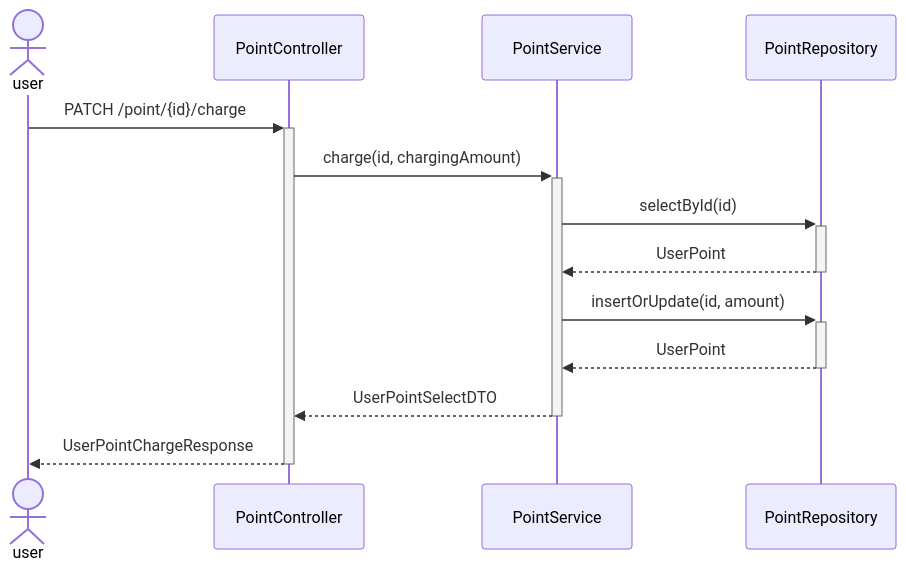
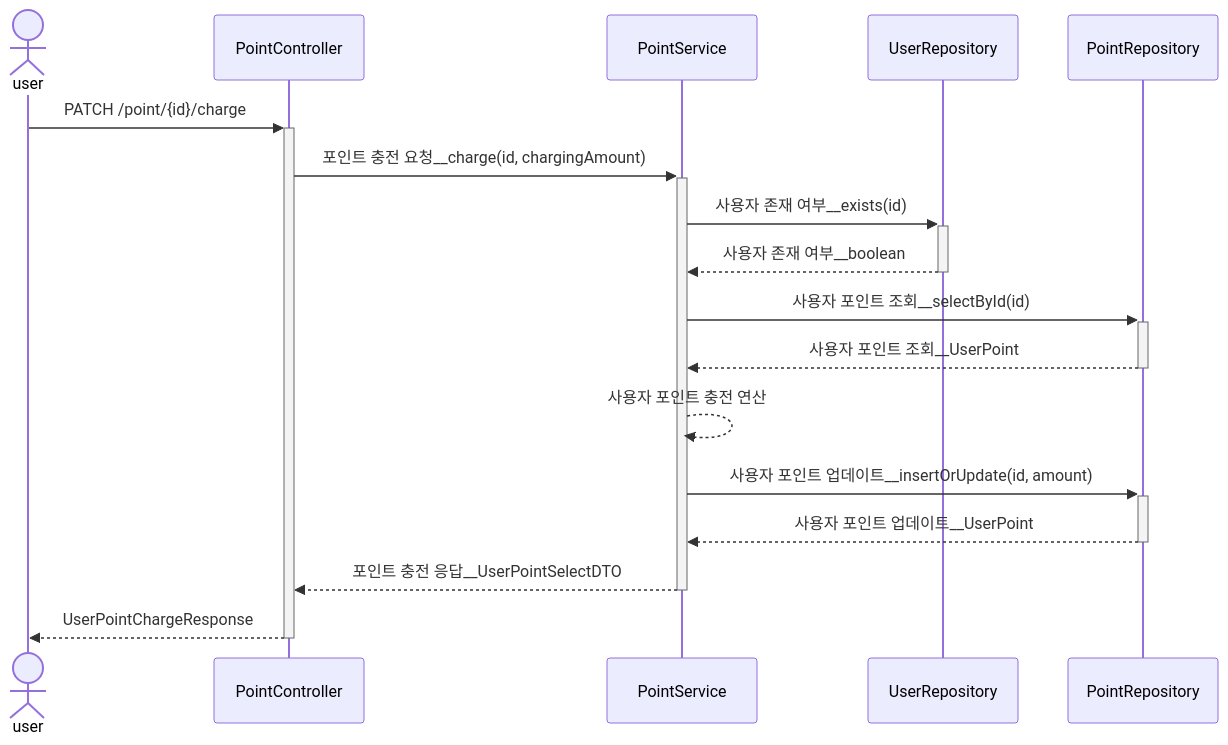
One commit to pbg0205/hhplus-tdd-java changed the first of 4 diagrams in documentation/유저_포인트_충전_API.md. Above: the diagram before and after it, drawn with Mermaid. The commit also changed other lines of this file, not shown here.

Commit message:
docs: 유저 포인트 충전 API 행동 분석 실패 케이스 및 시퀀스 다이어그램 수정

````diff
--- a/documentation/유저_포인트_충전_API.md
+++ b/documentation/유저_포인트_충전_API.md
@@ -46,16 +47,20 @@
 ```mermaid
 sequenceDiagram
 actor user
-participant controller as PointController 
-participant service as PointService
-participant repository as PointRepository
+participant pointController as PointController 
+participant pointService as PointService
+participant userRepository as UserRepository
+participant pointRepository as PointRepository
 
-user ->>+ controller: PATCH /point/{id}/charge
-controller ->>+ service: charge(id, chargingAmount)
-service ->>+ repository: selectById(id)
-repository -->>- service: UserPoint
-service ->>+ repository: insertOrUpdate(id, amount)
-repository -->>- service: UserPoint
-service -->>- controller: UserPointSelectDTO
-controller -->>- user: UserPointChargeResponse
+user ->>+ pointController: PATCH /point/{id}/charge
+pointController ->>+ pointService: 포인트 충전 요청__charge(id, chargingAmount)
+pointService ->>+ userRepository: 사용자 존재 여부__exists(id)
+userRepository -->>- pointService: 사용자 존재 여부__boolean
+pointService ->>+ pointRepository: 사용자 포인트 조회__selectById(id)
+pointRepository -->>- pointService: 사용자 포인트 조회__UserPoint
+pointService -->> pointService: 사용자 포인트 충전 연산
+pointService ->>+ pointRepository: 사용자 포인트 업데이트__insertOrUpdate(id, amount)
+pointRepository -->>- pointService: 사용자 포인트 업데이트__UserPoint
+pointService -->>- pointController: 포인트 충전 응답__UserPointSelectDTO
+pointController -->>- user: UserPointChargeResponse
 ```
````
